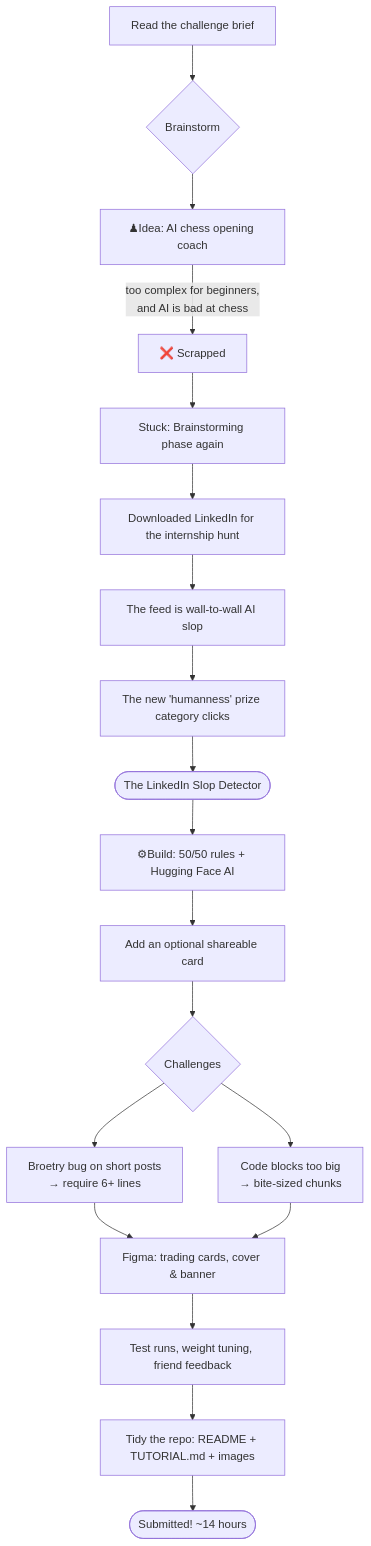
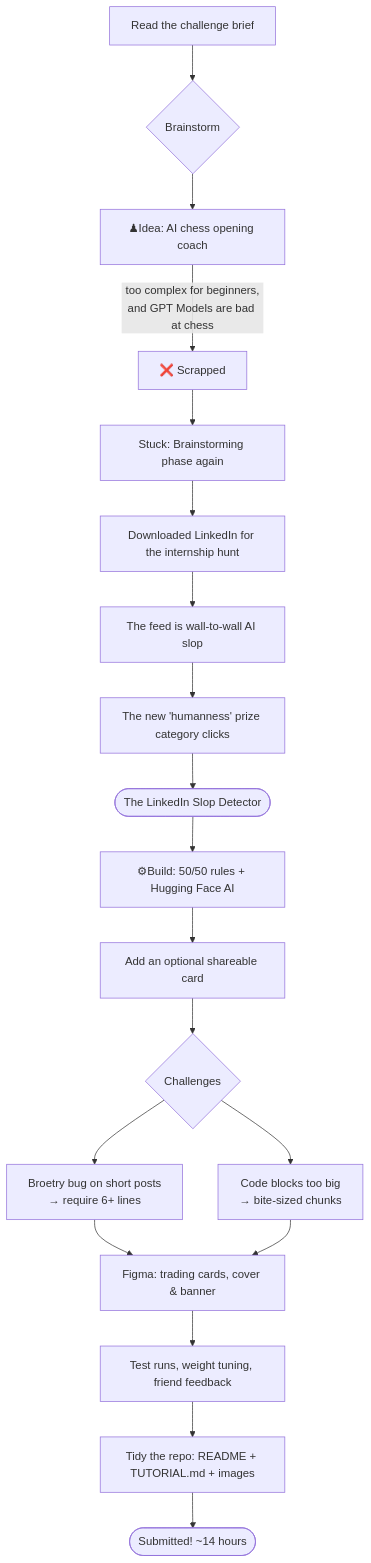
Before and after one commit to anp-exe/detect-ai-slop-tutorial: the diagram in WRITE-UP.md, drawn with Mermaid.

````diff
--- a/WRITE-UP.md
+++ b/WRITE-UP.md
@@ -9,21 +9,21 @@
 ```mermaid
 flowchart TD
     A[Read the challenge brief] --> B{Brainstorm}
     B --> C[♟Idea: AI chess opening coach]
-    C -->|too complex for beginners,<br/>and AI is bad at chess| D[❌ Scrapped]
+    C -->|too complex for beginners,<br/>and GPT Models are bad at chess| D[❌ Scrapped]
     D --> E[Stuck: Brainstorming phase again]
     E --> F[Downloaded LinkedIn for the internship hunt]
     F --> G[The feed is wall-to-wall AI slop]
     G --> H[The new 'humanness' prize category clicks]
     H --> I([The LinkedIn Slop Detector])
     I --> J[⚙Build: 50/50 rules + Hugging Face AI]
     J --> K[Add an optional shareable card]
     K --> L{Challenges}
     L --> M[Broetry bug on short posts<br/>→ require 6+ lines]
     L --> N[Code blocks too big<br/>→ bite-sized chunks]
     M --> O[Figma: trading cards, cover & banner]
     N --> O
     O --> P[Test runs, weight tuning, friend feedback]
     P --> Q[Tidy the repo: README + TUTORIAL.md + images]
     Q --> R([Submitted! ~14 hours])
 ```
````
